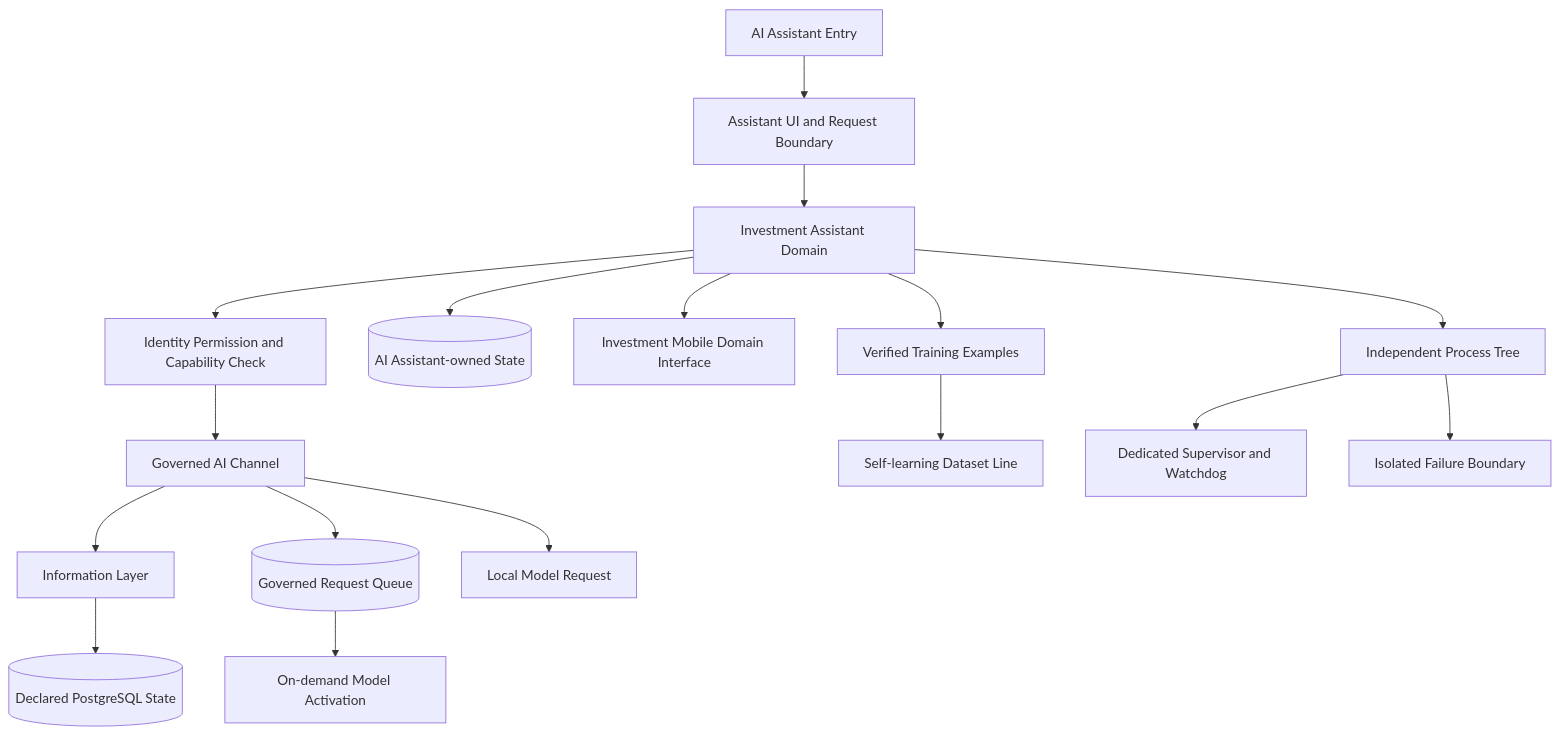
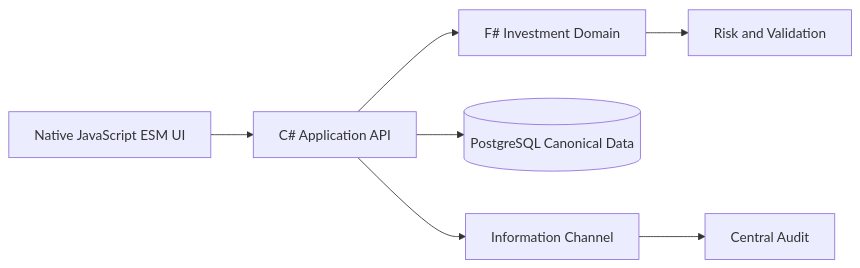
Before and after one commit to guilty442-source/GPTBridge: the diagram in governance_rule/codex/architecture-tool-ai-assistant.md, drawn with Mermaid. The commit also changed other lines of this file and 14 other files, not shown here.

Commit message:
codex sync 15:00:49Z: zh-TW mirror parts + architecture docs refreshed; formal rule evaluator codes renamed to canonical (_V1 suffix dropped; GO_RUST_NODE->GO_RUST_RUNTIME, JAX_PYTORCH->JAX_FRAMEWORK); release-dependencies pin

````diff
--- a/governance_rule/codex/architecture-tool-ai-assistant.md
+++ b/governance_rule/codex/architecture-tool-ai-assistant.md
@@ -3,19 +3,9 @@
 ```mermaid
-flowchart TB
-  ENTRY[AI Assistant Entry] --> UI[Assistant UI and Request Boundary]
-  UI --> APP[Investment Assistant Domain]
-  APP --> AUTH[Identity Permission and Capability Check]
-  AUTH --> CHANNEL[Governed AI Channel]
-  CHANNEL --> INFO[Information Layer]
-  CHANNEL --> QUEUE[(Governed Request Queue)]
-  QUEUE --> ACTIVATE[On-demand Model Activation]
-  APP --> STATE[(AI Assistant-owned State)]
-  APP --> MOBILE[Investment Mobile Domain Interface]
-  CHANNEL --> LOCAL[Local Model Request]
-  INFO --> PG[(Declared PostgreSQL State)]
-  APP --> EXAMPLES[Verified Training Examples]
-  EXAMPLES --> SELFTRAIN[Self-learning Dataset Line]
-  PROC[Independent Process Tree] --> SUP[Dedicated Supervisor and Watchdog]
-  APP --> PROC
-  PROC --> FAULT[Isolated Failure Boundary]
+flowchart LR
+  UI[Native JavaScript ESM UI] --> API[C# Application API]
+  API --> DOMAIN[F# Investment Domain]
+  DOMAIN --> RISK[Risk and Validation]
+  API --> PG[(PostgreSQL Canonical Data)]
+  API --> INFO[Information Channel]
+  INFO --> AUDIT[Central Audit]
 ```
````
